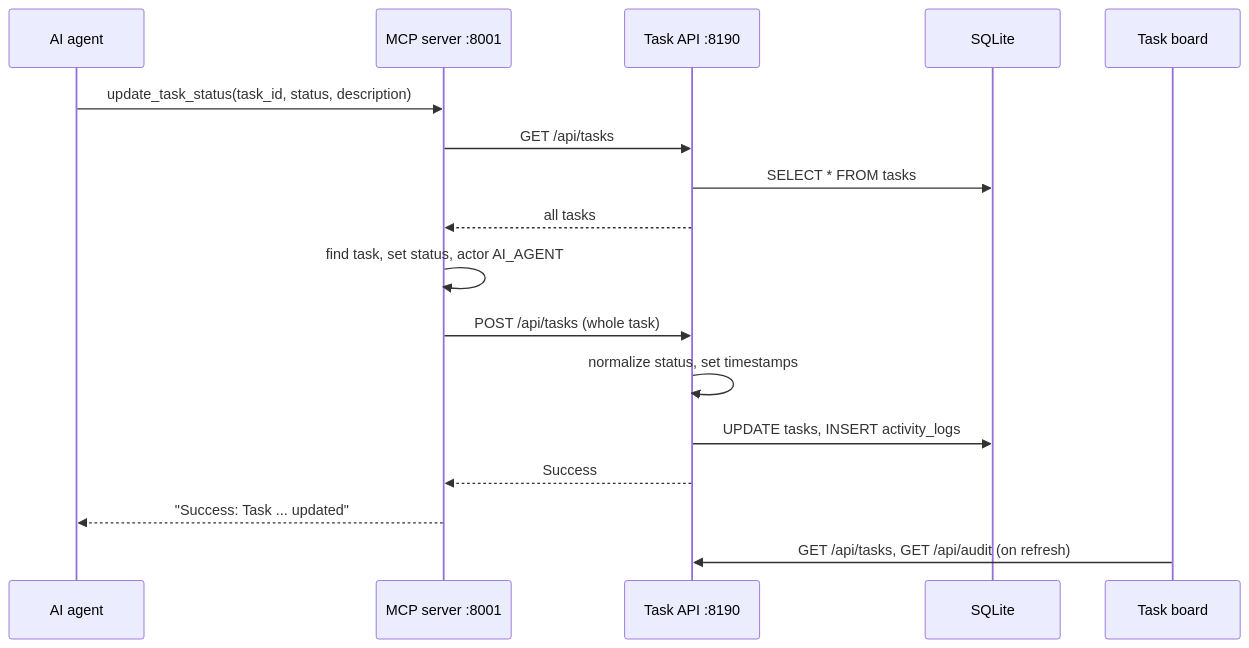
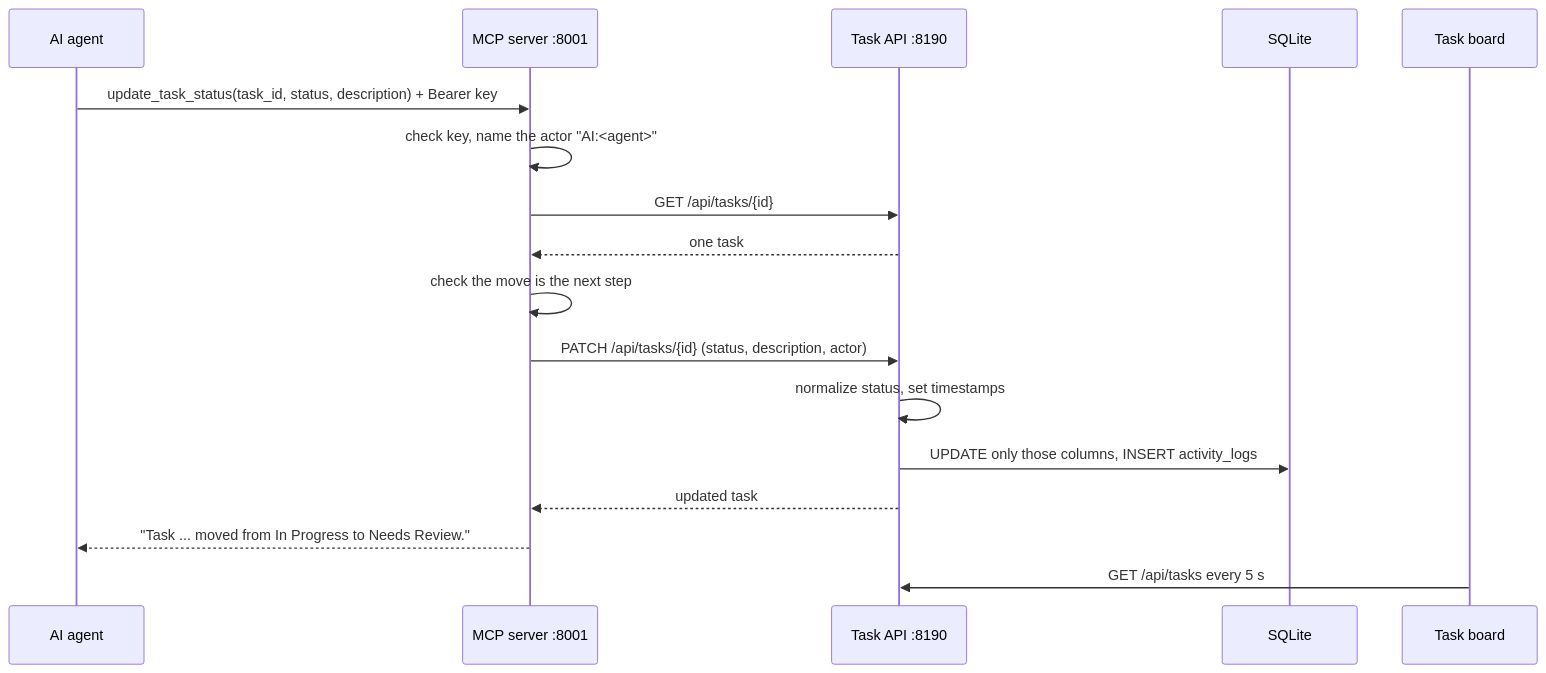
One commit to Sajiltariq7/MCP changed the diagram in docs/flows/agent-task-update.md. Above: the diagram before and after it, drawn with Mermaid. The commit also changed other lines of this file and 19 other files, not shown here.

````diff
--- a/docs/flows/agent-task-update.md
+++ b/docs/flows/agent-task-update.md
@@ -5,19 +5,19 @@
 ```mermaid
 sequenceDiagram
     participant A as AI agent
     participant M as MCP server :8001
     participant B as Task API :8190
     participant D as SQLite
     participant U as Task board
-    A->>M: update_task_status(task_id, status, description)
-    M->>B: GET /api/tasks
-    B->>D: SELECT * FROM tasks
-    B-->>M: all tasks
-    M->>M: find task, set status, actor AI_AGENT
-    M->>B: POST /api/tasks (whole task)
+    A->>M: update_task_status(task_id, status, description) + Bearer key
+    M->>M: check key, name the actor "AI:<agent>"
+    M->>B: GET /api/tasks/{id}
+    B-->>M: one task
+    M->>M: check the move is the next step
+    M->>B: PATCH /api/tasks/{id} (status, description, actor)
     B->>B: normalize status, set timestamps
-    B->>D: UPDATE tasks, INSERT activity_logs
-    B-->>M: Success
-    M-->>A: "Success: Task ... updated"
-    U->>B: GET /api/tasks, GET /api/audit (on refresh)
+    B->>D: UPDATE only those columns, INSERT activity_logs
+    B-->>M: updated task
+    M-->>A: "Task ... moved from In Progress to Needs Review."
+    U->>B: GET /api/tasks every 5 s
 ```
````
